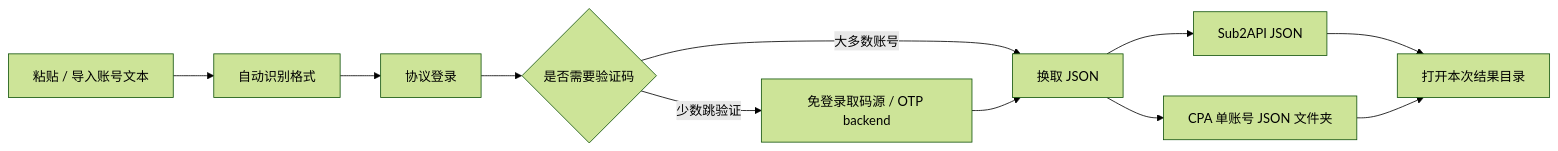
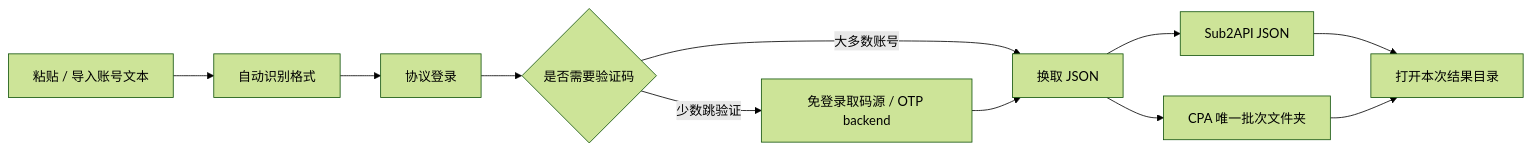
The diagram in README.md (AyeSt0/gpt2json), drawn with Mermaid (forest theme) before and after one commit. The commit also changed other lines of this file and 11 other files, not shown here.

````diff
--- a/README.md
+++ b/README.md
@@ -42,13 +42,13 @@
 ```mermaid
 flowchart LR
   A["粘贴 / 导入账号文本"] --> B["自动识别格式"]
   B --> C["协议登录"]
   C --> D{"是否需要验证码"}
   D -- "大多数账号" --> F["换取 JSON"]
   D -- "少数跳验证" --> E["免登录取码源 / OTP backend"]
   E --> F
   F --> G["Sub2API JSON"]
-  F --> H["CPA 单账号 JSON 文件夹"]
+  F --> H["CPA 唯一批次文件夹"]
   G --> I["打开本次结果目录"]
   H --> I
 ```
````
